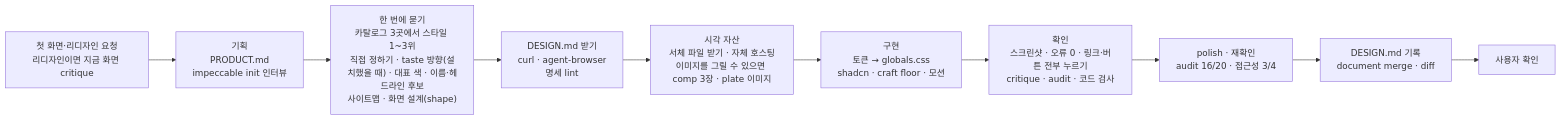
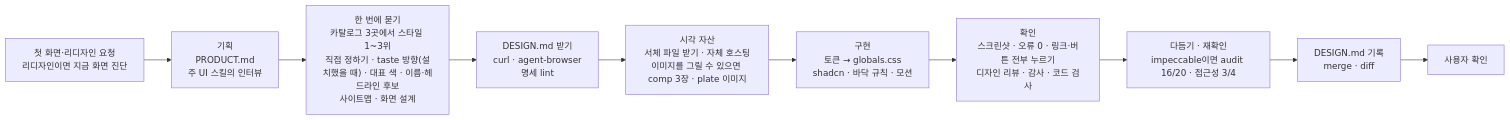
Before and after one commit to roadkwon-ai/pro-kit: the diagram in handbook/design/ui-flow.md, drawn with Mermaid. The commit also changed other lines of this file and 129 other files, not shown here.

````diff
--- a/handbook/design/ui-flow.md
+++ b/handbook/design/ui-flow.md
@@ -25,12 +25,12 @@
 ```mermaid
 flowchart LR
-  R["첫 화면·리디자인 요청<br/>리디자인이면 지금 화면 critique"] --> I["기획<br/>PRODUCT.md<br/>impeccable init 인터뷰"]
-  I --> Q["한 번에 묻기<br/>카탈로그 3곳에서 스타일 1~3위<br/>직접 정하기 · taste 방향(설치했을 때) · 대표 색 · 이름·헤드라인 후보<br/>사이트맵 · 화면 설계(shape)"]
+  R["첫 화면·리디자인 요청<br/>리디자인이면 지금 화면 진단"] --> I["기획<br/>PRODUCT.md<br/>주 UI 스킬의 인터뷰"]
+  I --> Q["한 번에 묻기<br/>카탈로그 3곳에서 스타일 1~3위<br/>직접 정하기 · taste 방향(설치했을 때) · 대표 색 · 이름·헤드라인 후보<br/>사이트맵 · 화면 설계"]
   Q --> D["DESIGN.md 받기<br/>curl · agent-browser<br/>명세 lint"]
   D --> A["시각 자산<br/>서체 파일 받기 · 자체 호스팅<br/>이미지를 그릴 수 있으면 comp 3장 · plate 이미지"]
-  A --> C["구현<br/>토큰 → globals.css<br/>shadcn · craft floor · 모션"]
-  C --> V["확인<br/>스크린샷 · 오류 0 · 링크·버튼 전부 누르기<br/>critique · audit · 코드 검사"]
-  V --> P["polish · 재확인<br/>audit 16/20 · 접근성 3/4"]
-  P --> M["DESIGN.md 기록<br/>document merge · diff"]
+  A --> C["구현<br/>토큰 → globals.css<br/>shadcn · 바닥 규칙 · 모션"]
+  C --> V["확인<br/>스크린샷 · 오류 0 · 링크·버튼 전부 누르기<br/>디자인 리뷰 · 감사 · 코드 검사"]
+  V --> P["다듬기 · 재확인<br/>impeccable이면 audit 16/20 · 접근성 3/4"]
+  P --> M["DESIGN.md 기록<br/>merge · diff"]
   M --> U["사용자 확인"]
 ```
````
